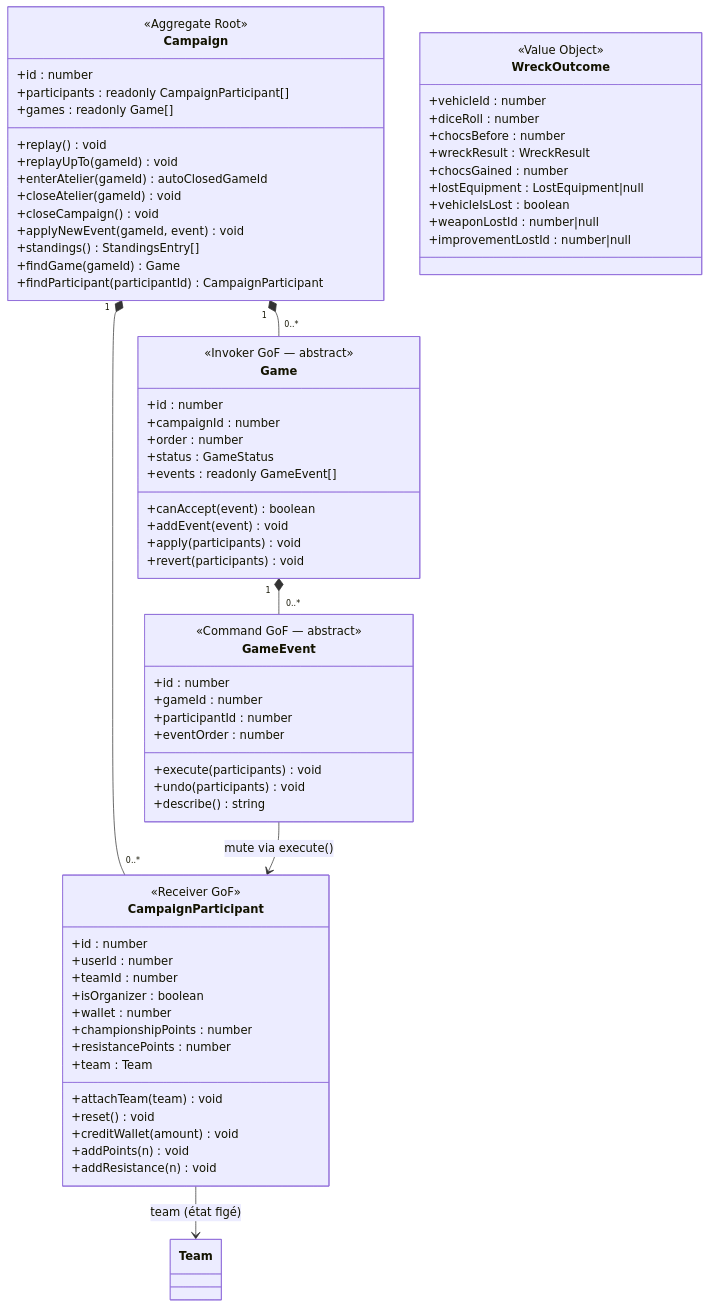
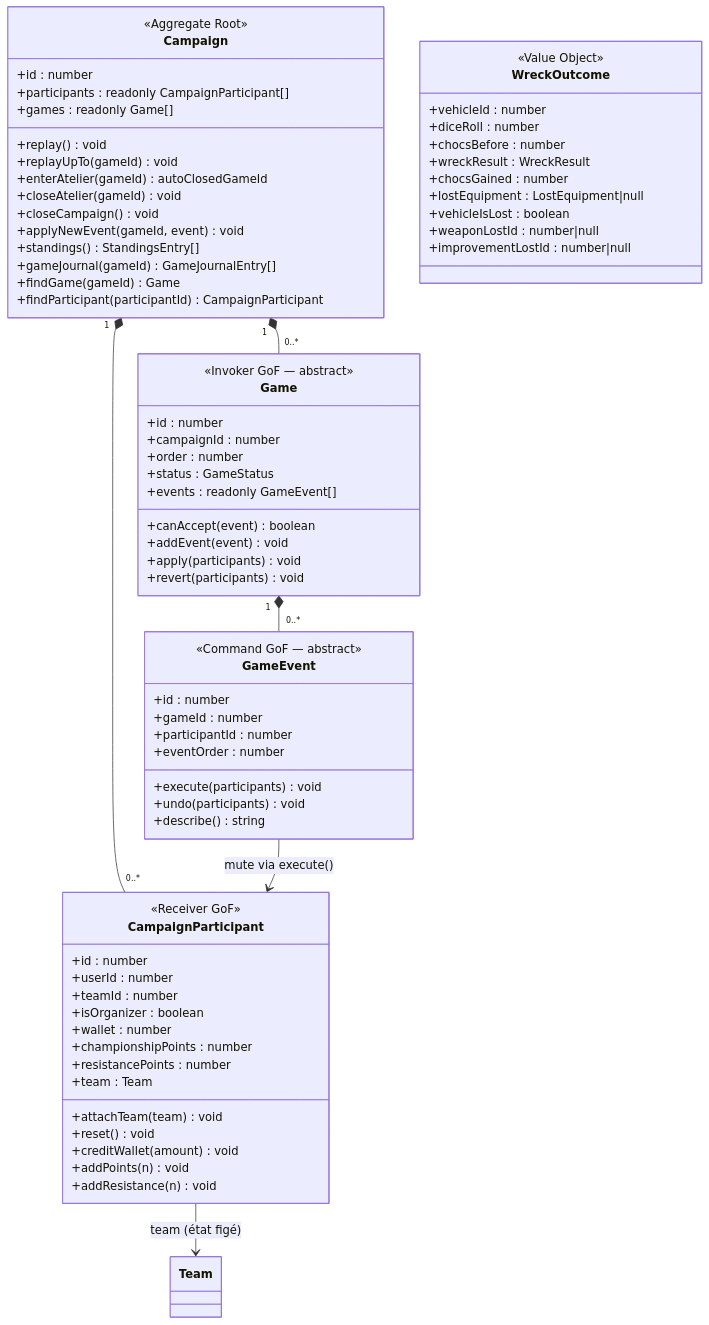
The fourth of 4 diagrams in docs/DOMAIN_MODEL.md (arnaudbracchetti/gaslands-manager), drawn with Mermaid before and after one commit. The commit also changed other lines of this file and 25 other files, not shown here.

````diff
--- a/docs/DOMAIN_MODEL.md
+++ b/docs/DOMAIN_MODEL.md
@@ -395,80 +395,81 @@
 ```mermaid
 classDiagram
     direction TB
 
     class Campaign {
         <<Aggregate Root>>
         +id : number
         +participants : readonly CampaignParticipant[]
         +games : readonly Game[]
         +replay() void
         +replayUpTo(gameId) void
         +enterAtelier(gameId) autoClosedGameId
         +closeAtelier(gameId) void
         +closeCampaign() void
         +applyNewEvent(gameId, event) void
         +standings() StandingsEntry[]
+        +gameJournal(gameId) GameJournalEntry[]
         +findGame(gameId) Game
         +findParticipant(participantId) CampaignParticipant
     }
 
     class CampaignParticipant {
         <<Receiver GoF>>
         +id : number
         +userId : number
         +teamId : number
         +isOrganizer : boolean
         +wallet : number
         +championshipPoints : number
         +resistancePoints : number
         +team : Team
         +attachTeam(team) void
         +reset() void
         +creditWallet(amount) void
         +addPoints(n) void
         +addResistance(n) void
     }
 
     class Game {
         <<Invoker GoF — abstract>>
         +id : number
         +campaignId : number
         +order : number
         +status : GameStatus
         +events : readonly GameEvent[]
         +canAccept(event) boolean
         +addEvent(event) void
         +apply(participants) void
         +revert(participants) void
     }
 
     class GameEvent {
         <<Command GoF — abstract>>
         +id : number
         +gameId : number
         +participantId : number
         +eventOrder : number
         +execute(participants) void
         +undo(participants) void
         +describe() string
     }
 
     class WreckOutcome {
         <<Value Object>>
         +vehicleId : number
         +diceRoll : number
         +chocsBefore : number
         +wreckResult : WreckResult
         +chocsGained : number
         +lostEquipment : LostEquipment|null
         +vehicleIsLost : boolean
         +weaponLostId : number|null
         +improvementLostId : number|null
     }
 
     Campaign "1" *-- "0..*" CampaignParticipant
     Campaign "1" *-- "0..*" Game
     Game "1" *-- "0..*" GameEvent
     GameEvent --> CampaignParticipant : mute via execute()
     CampaignParticipant --> Team : team (état figé)
 ```
````
